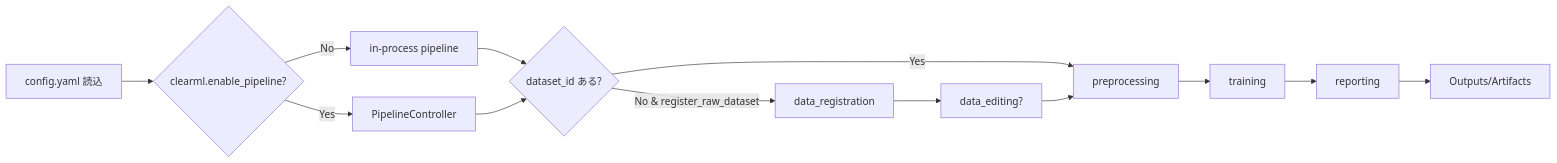
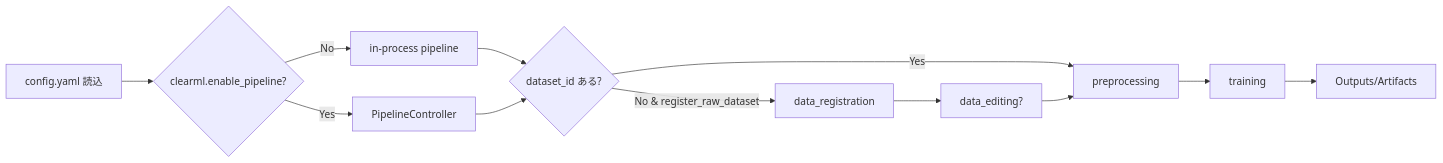
Before and after one commit to dkawa2523/automllibclearML2: the first of 14 diagrams in README_user.md, drawn with Mermaid. The commit also changed other lines of this file and 17 other files, not shown here.

````diff
--- a/README_user.md
+++ b/README_user.md
@@ -146,15 +140,14 @@
 ```mermaid
 flowchart LR
     A[config.yaml 読込] --> B{clearml.enable_pipeline?}
     B -- No --> C[in-process pipeline]
     B -- Yes --> D[PipelineController]
     C --> E{dataset_id ある?}
     D --> E
     E -- No & register_raw_dataset --> R[data_registration]
     R --> S[data_editing?]
     E -- Yes --> P[preprocessing]
     S --> P
     P --> T[training]
-    T --> RPT[reporting]
-    RPT --> W[Outputs/Artifacts]
+    T --> W[Outputs/Artifacts]
 ```
````
